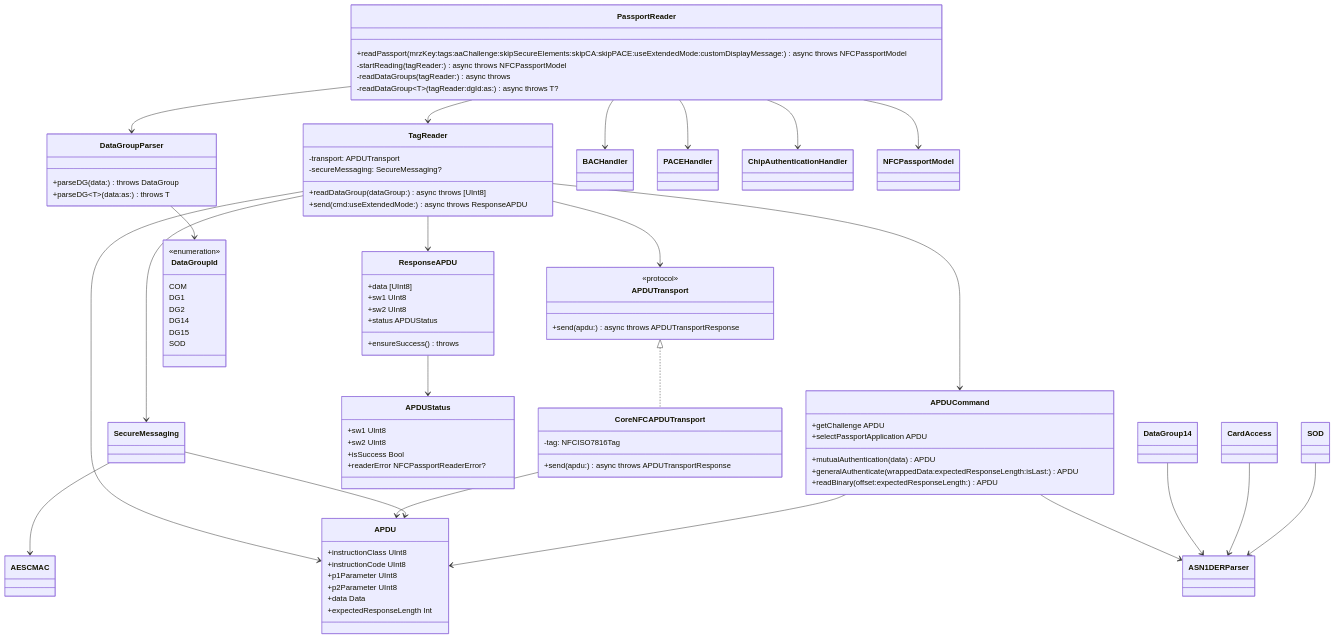
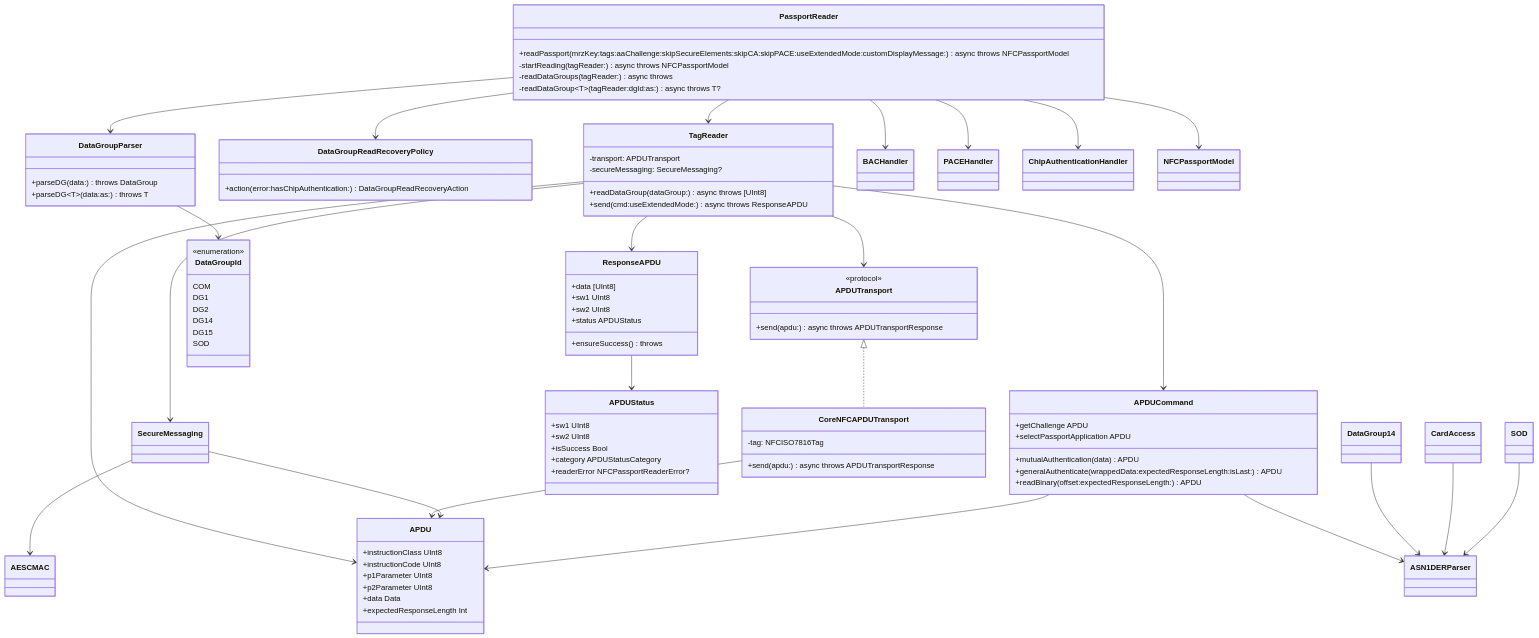
The second of 4 diagrams in Documentation/Architecture.md (advatar/iNFC), drawn with Mermaid before and after one commit. The commit also changed other lines of this file and 4 other files, not shown here.

Commit message:
Replace stringly read recovery policy

```diff
--- a/Documentation/Architecture.md
+++ b/Documentation/Architecture.md
@@ -126,7 +127,12 @@
         +sw1 UInt8
         +sw2 UInt8
         +isSuccess Bool
+        +category APDUStatusCategory
         +readerError NFCPassportReaderError?
+    }
+
+    class DataGroupReadRecoveryPolicy {
+        +action(error:hasChipAuthentication:) DataGroupReadRecoveryAction
     }
 
     class DataGroupParser {
@@ -161,6 +167,7 @@
     PassportReader --> PACEHandler
     PassportReader --> ChipAuthenticationHandler
     PassportReader --> DataGroupParser
+    PassportReader --> DataGroupReadRecoveryPolicy
     PassportReader --> NFCPassportModel
     TagReader --> APDUCommand
     TagReader --> ResponseAPDU
```
